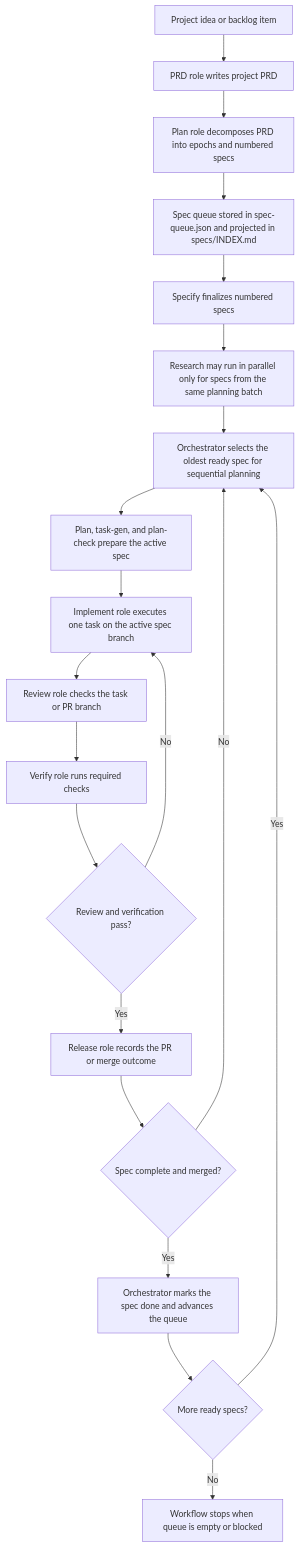
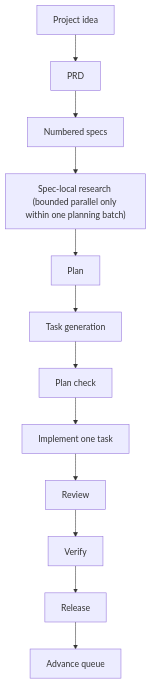
One commit to tolulawson/ralph-harness changed the diagram in README.md. Above: the diagram before and after it, drawn with Mermaid. The commit also changed other lines of this file and 10 other files, not shown here.

````diff
--- a/README.md
+++ b/README.md
@@ -40,22 +139,14 @@
 ```mermaid
 flowchart TD
-    A["Project idea or backlog item"] --> B["PRD role writes project PRD"]
-    B --> C["Plan role decomposes PRD into epochs and numbered specs"]
-    C --> D["Spec queue stored in spec-queue.json and projected in specs/INDEX.md"]
-    D --> E["Specify finalizes numbered specs"]
-    E --> F["Research may run in parallel only for specs from the same planning batch"]
-    F --> G["Orchestrator selects the oldest ready spec for sequential planning"]
-    G --> H["Plan, task-gen, and plan-check prepare the active spec"]
-    H --> I["Implement role executes one task on the active spec branch"]
-    I --> J["Review role checks the task or PR branch"]
-    J --> K["Verify role runs required checks"]
-    K --> L{"Review and verification pass?"}
-    L -- "No" --> I
-    L -- "Yes" --> M["Release role records the PR or merge outcome"]
-    M --> N{"Spec complete and merged?"}
-    N -- "No" --> G
-    N -- "Yes" --> O["Orchestrator marks the spec done and advances the queue"]
-    O --> P{"More ready specs?"}
-    P -- "Yes" --> G
-    P -- "No" --> Q["Workflow stops when queue is empty or blocked"]
+    A["Project idea"] --> B["PRD"]
+    B --> C["Numbered specs"]
+    C --> D["Spec-local research (bounded parallel only within one planning batch)"]
+    D --> E["Plan"]
+    E --> F["Task generation"]
+    F --> G["Plan check"]
+    G --> H["Implement one task"]
+    H --> I["Review"]
+    I --> J["Verify"]
+    J --> K["Release"]
+    K --> L["Advance queue"]
 ```
````
